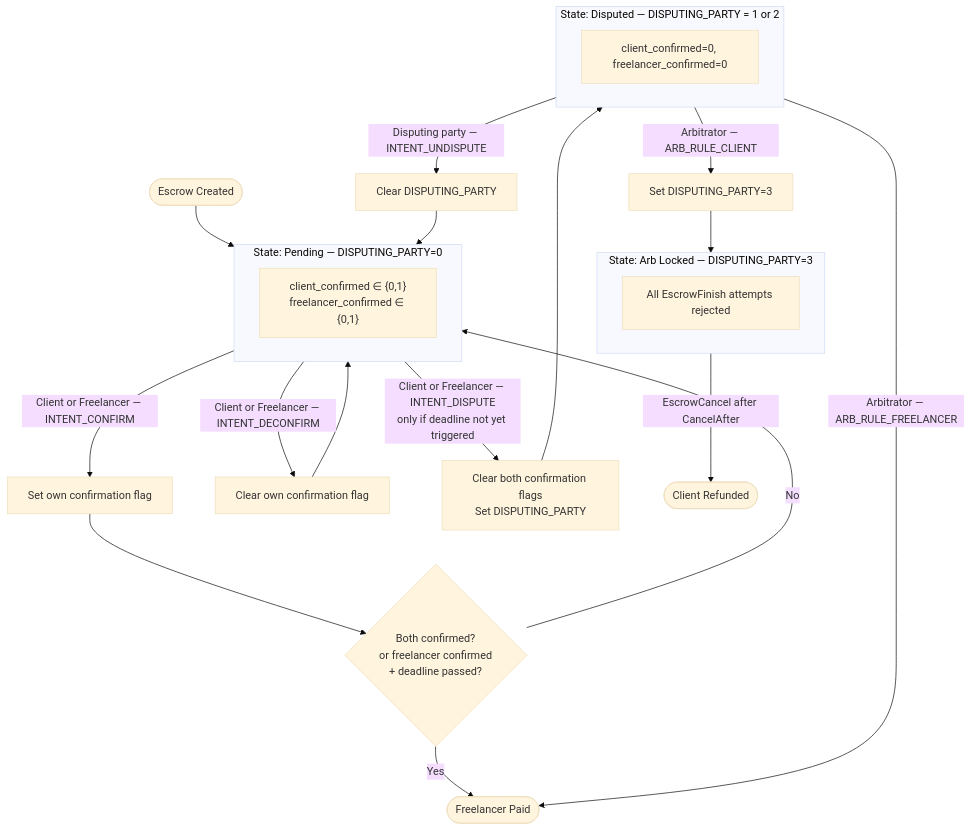
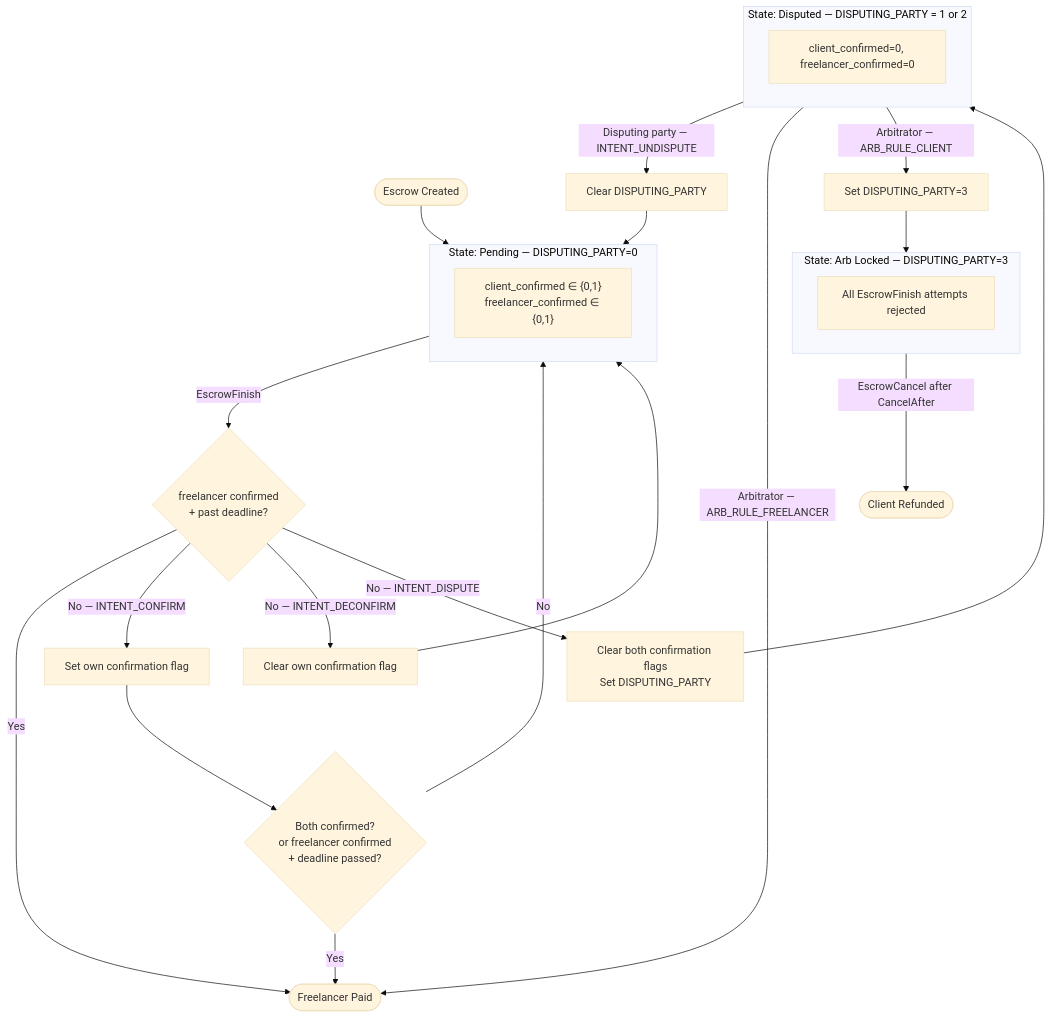
The second of 3 diagrams in examples/smart-escrows/freelancer_escrow/README.md (ripple/xrpl-wasm-stdlib), drawn with Mermaid (base theme) before and after one commit. The commit also changed other lines of this file and 1 other file, not shown here.

````diff
--- a/examples/smart-escrows/freelancer_escrow/README.md
+++ b/examples/smart-escrows/freelancer_escrow/README.md
@@ -74,41 +74,44 @@
 ```mermaid
 flowchart TD
     START([Escrow Created])
     START --> PENDING
 
     subgraph PENDING["State: Pending — DISPUTING_PARTY=0"]
         P["client_confirmed ∈ {0,1}\nfreelancer_confirmed ∈ {0,1}"]
     end
 
-    PENDING -->|Client or Freelancer — INTENT_CONFIRM| SET_CONFIRM[Set own confirmation flag]
-    PENDING -->|Client or Freelancer — INTENT_DECONFIRM| SET_DECONFIRM[Clear own confirmation flag]
-    PENDING -->|Client or Freelancer — INTENT_DISPUTE\nonly if deadline not yet triggered| RAISE[Clear both confirmation flags\nSet DISPUTING_PARTY]
+    PENDING -->|EscrowFinish| PRECHECK{freelancer confirmed\n+ past deadline?}
+    PRECHECK -->|Yes| PAID
+
+    PRECHECK -->|No — INTENT_CONFIRM| SET_CONFIRM[Set own confirmation flag]
+    PRECHECK -->|No — INTENT_DECONFIRM| SET_DECONFIRM[Clear own confirmation flag]
+    PRECHECK -->|No — INTENT_DISPUTE| RAISE[Clear both confirmation flags\nSet DISPUTING_PARTY]
 
     SET_CONFIRM --> RELEASE{Both confirmed?\nor freelancer confirmed\n+ deadline passed?}
     SET_DECONFIRM --> PENDING
 
     RELEASE -->|Yes| PAID
     RELEASE -->|No| PENDING
 
     RAISE --> DISPUTED
 
     subgraph DISPUTED["State: Disputed — DISPUTING_PARTY = 1 or 2"]
         D["client_confirmed=0, freelancer_confirmed=0"]
     end
 
     DISPUTED -->|Disputing party — INTENT_UNDISPUTE| WITHDRAW[Clear DISPUTING_PARTY]
     WITHDRAW --> PENDING
     DISPUTED -->|Arbitrator — ARB_RULE_FREELANCER| PAID
     DISPUTED -->|Arbitrator — ARB_RULE_CLIENT| LOCK[Set DISPUTING_PARTY=3]
 
     LOCK --> LOCKED
 
     subgraph LOCKED["State: Arb Locked — DISPUTING_PARTY=3"]
         L[All EscrowFinish attempts rejected]
     end
 
     LOCKED -->|EscrowCancel after CancelAfter| REFUNDED
 
     PAID([Freelancer Paid])
     REFUNDED([Client Refunded])
 ```
````
